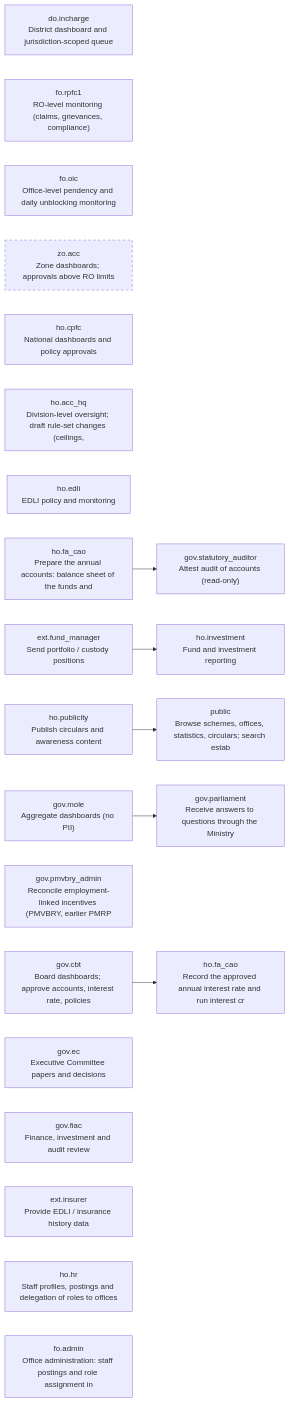
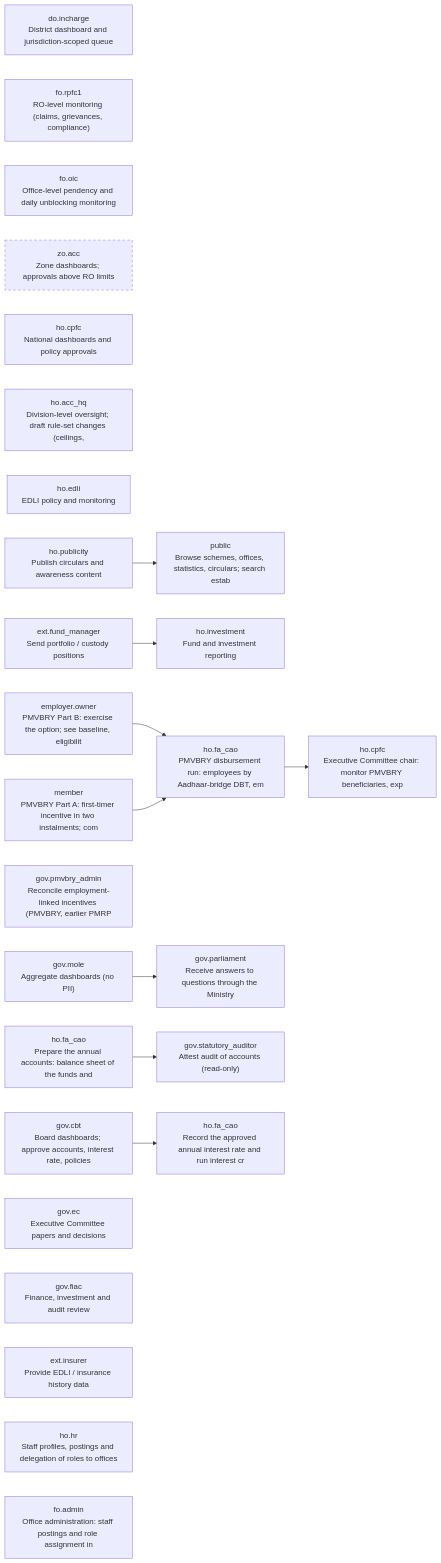
Diagram 13 of 14 in docs/stakeholder-api-sets.md (gauravmeena0708/pf-life), drawn with Mermaid before and after one commit. The commit also changed other lines of this file and 48 other files, not shown here.

First line of the commit message:
P2.15a: PMVBRY — first-timer incentive (Part A), support to employers (Part B), disbursement and dashboard

````diff
--- a/docs/stakeholder-api-sets.md
+++ b/docs/stakeholder-api-sets.md
@@ -1931,32 +1939,39 @@
 ```mermaid
 flowchart LR
   F13_public["public<br/>Browse schemes, offices, statistics, circulars; search estab"]
   F13_do["do.incharge<br/>District dashboard and jurisdiction-scoped queue"]
   F13_ro["fo.rpfc1<br/>RO-level monitoring (claims, grievances, compliance)"]
   F13_oic["fo.oic<br/>Office-level pendency and daily unblocking monitoring"]
   F13_zo["zo.acc<br/>Zone dashboards; approvals above RO limits"]
   style F13_zo stroke-dasharray: 5 5
   F13_cpfc["ho.cpfc<br/>National dashboards and policy approvals"]
   F13_acc_hq["ho.acc_hq<br/>Division-level oversight; draft rule-set changes (ceilings, "]
   F13_divisions["ho.edli<br/>EDLI policy and monitoring"]
   F13_investment["ho.investment<br/>Fund and investment reporting"]
   F13_accounts["ho.fa_cao<br/>Prepare the annual accounts: balance sheet of the funds and "]
   F13_fund_feed["ext.fund_manager<br/>Send portfolio / custody positions"]
   F13_publicity["ho.publicity<br/>Publish circulars and awareness content"]
   F13_mole["gov.mole<br/>Aggregate dashboards (no PII)"]
   F13_pmvbry["gov.pmvbry_admin<br/>Reconcile employment-linked incentives (PMVBRY, earlier PMRP"]
+  F13_pmvbry_employer["employer.owner<br/>PMVBRY Part B: exercise the option; see baseline, eligibilit"]
+  F13_pmvbry_member["member<br/>PMVBRY Part A: first-timer incentive in two instalments; com"]
+  F13_pmvbry_run["ho.fa_cao<br/>PMVBRY disbursement run: employees by Aadhaar-bridge DBT, em"]
+  F13_pmvbry_monitor["ho.cpfc<br/>Executive Committee chair: monitor PMVBRY beneficiaries, exp"]
   F13_parliament["gov.parliament<br/>Receive answers to questions through the Ministry"]
   F13_cbt["gov.cbt<br/>Board dashboards; approve accounts, interest rate, policies"]
   F13_ec["gov.ec<br/>Executive Committee papers and decisions"]
   F13_fiac["gov.fiac<br/>Finance, investment and audit review"]
   F13_insurer["ext.insurer<br/>Provide EDLI / insurance history data"]
   F13_hr["ho.hr<br/>Staff profiles, postings and delegation of roles to offices"]
   F13_admin["fo.admin<br/>Office administration: staff postings and role assignment in"]
   F12_statutory["gov.statutory_auditor<br/>Attest audit of accounts (read-only)"]
   F13_accounts --> F12_statutory
   F13_fund_feed --> F13_investment
   F13_publicity --> F13_public
   F13_mole --> F13_parliament
+  F13_pmvbry_employer --> F13_pmvbry_run
+  F13_pmvbry_member --> F13_pmvbry_run
+  F13_pmvbry_run --> F13_pmvbry_monitor
   F03_interest["ho.fa_cao<br/>Record the approved annual interest rate and run interest cr"]
   F13_cbt --> F03_interest
 ```
````
